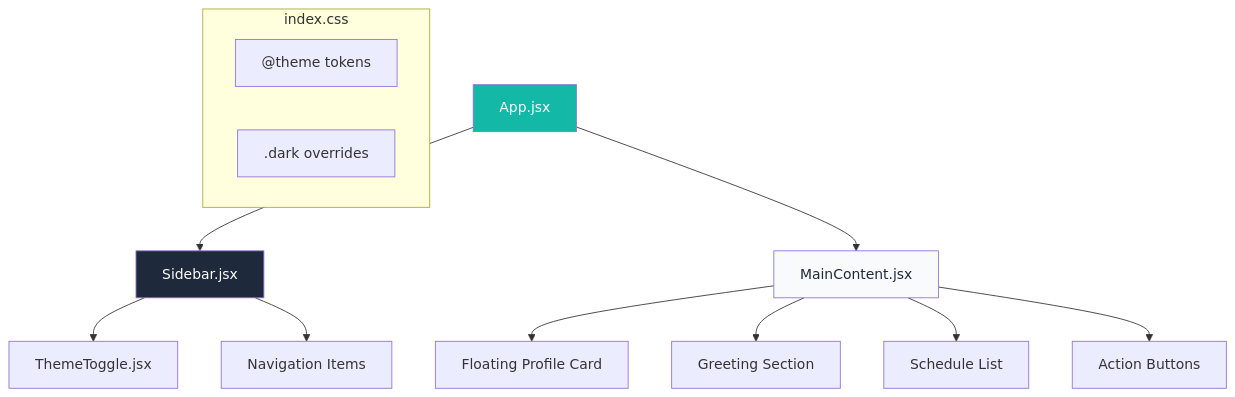
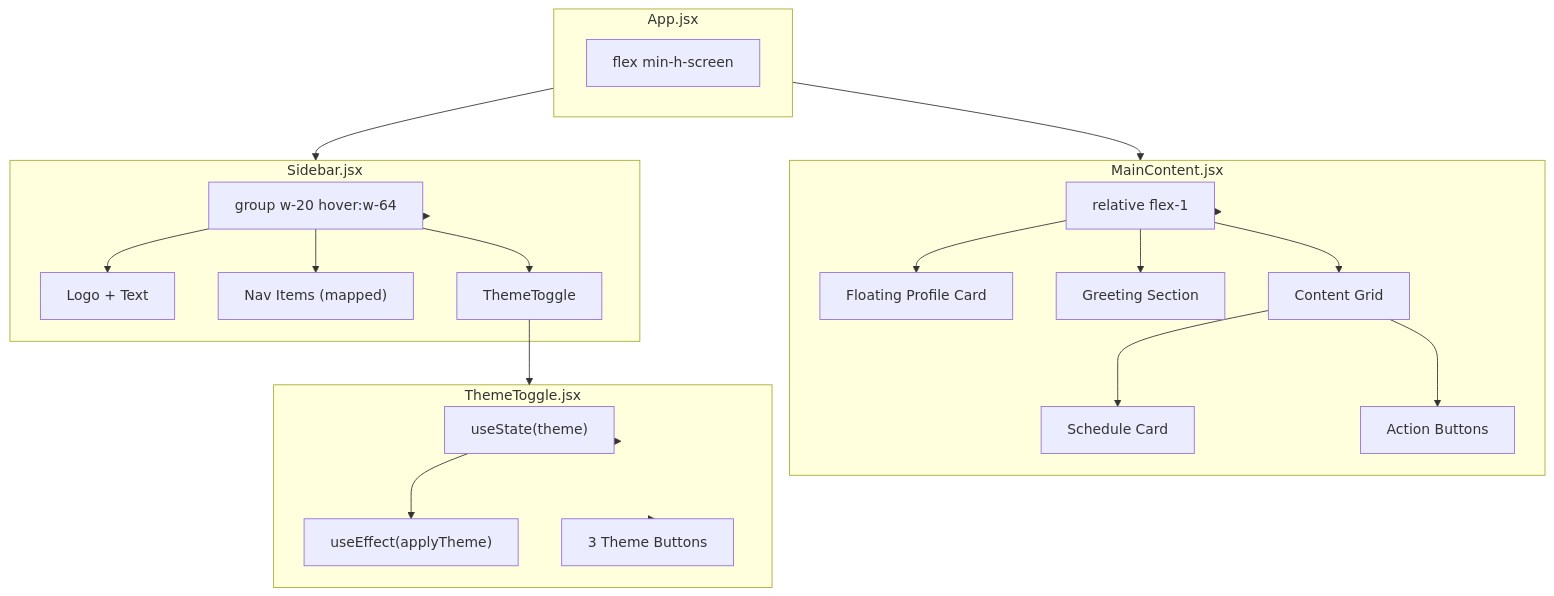
One commit to pentoshi007/cohort-mine changed the seventh of 7 diagrams in 13-week-13/13.2-creating-sidebars-tailwind/README.md. Above: the diagram before and after it, drawn with Mermaid. The commit also changed other lines of this file, not shown here.

````diff
--- a/13-week-13/13.2-creating-sidebars-tailwind/README.md
+++ b/13-week-13/13.2-creating-sidebars-tailwind/README.md
@@ -357,22 +1054,48 @@
 ```mermaid
 graph TD
-    App["App.jsx"] --> Sidebar["Sidebar.jsx"]
-    App --> MainContent["MainContent.jsx"]
-    
-    Sidebar --> ThemeToggle["ThemeToggle.jsx"]
-    Sidebar --> NavItems["Navigation Items"]
-    
-    MainContent --> ProfileCard["Floating Profile Card"]
-    MainContent --> Greeting["Greeting Section"]
-    MainContent --> Schedule["Schedule List"]
-    MainContent --> ActionButtons["Action Buttons"]
-    
-    subgraph Styling["index.css"]
-        Theme["@theme tokens"]
-        DarkMode[".dark overrides"]
+    subgraph App["App.jsx"]
+        Layout["flex min-h-screen"]
     end
     
-    style App fill:#14b8a6,color:#fff
-    style Sidebar fill:#1e293b,color:#fff
-    style MainContent fill:#f8fafc,color:#1e293b
+    subgraph Sidebar["Sidebar.jsx"]
+        SB_Container["group w-20 hover:w-64"]
+        SB_Logo["Logo + Text"]
+        SB_Nav["Nav Items (mapped)"]
+        SB_Theme["ThemeToggle"]
+    end
+    
+    subgraph MainContent["MainContent.jsx"]
+        MC_Container["relative flex-1"]
+        MC_Profile["Floating Profile Card"]
+        MC_Greeting["Greeting Section"]
+        MC_Grid["Content Grid"]
+        MC_Schedule["Schedule Card"]
+        MC_Actions["Action Buttons"]
+    end
+    
+    subgraph ThemeToggle["ThemeToggle.jsx"]
+        TT_State["useState(theme)"]
+        TT_Effect["useEffect(applyTheme)"]
+        TT_Buttons["3 Theme Buttons"]
+    end
+    
+    App --> Sidebar
+    App --> MainContent
+    
+    Sidebar --> SB_Container
+    SB_Container --> SB_Logo
+    SB_Container --> SB_Nav
+    SB_Container --> SB_Theme
+    
+    MainContent --> MC_Container
+    MC_Container --> MC_Profile
+    MC_Container --> MC_Greeting
+    MC_Container --> MC_Grid
+    MC_Grid --> MC_Schedule
+    MC_Grid --> MC_Actions
+    
+    SB_Theme --> ThemeToggle
+    ThemeToggle --> TT_State
+    TT_State --> TT_Effect
+    ThemeToggle --> TT_Buttons
 ```
````
